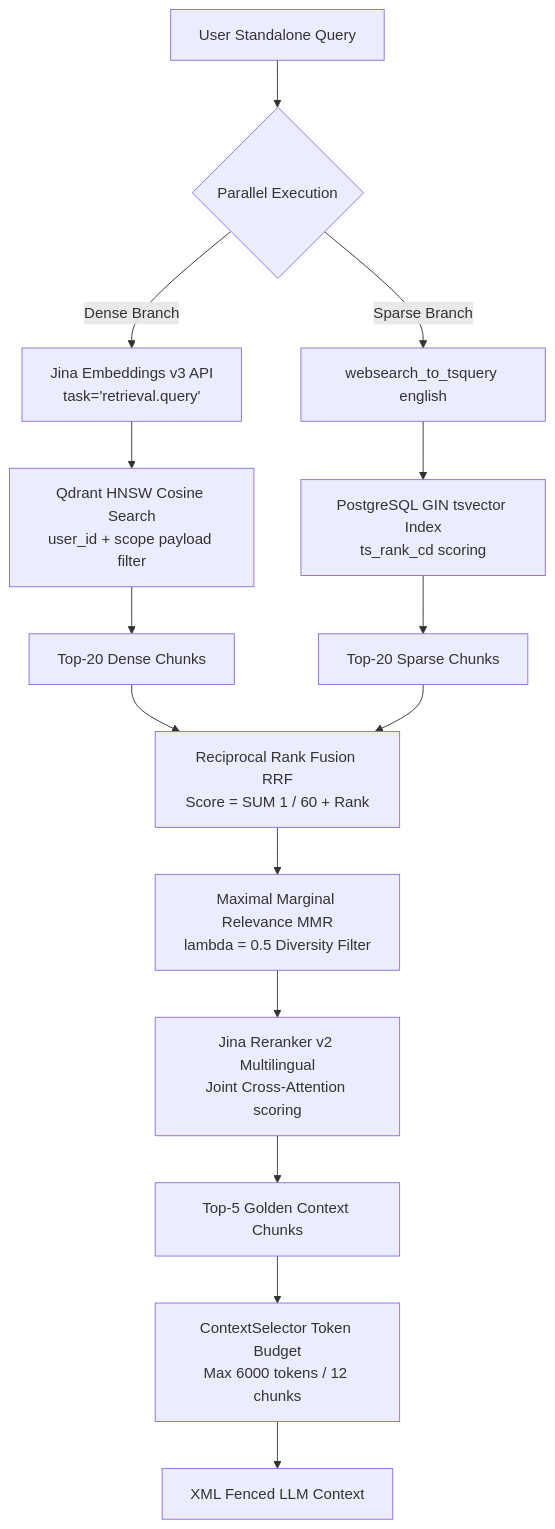
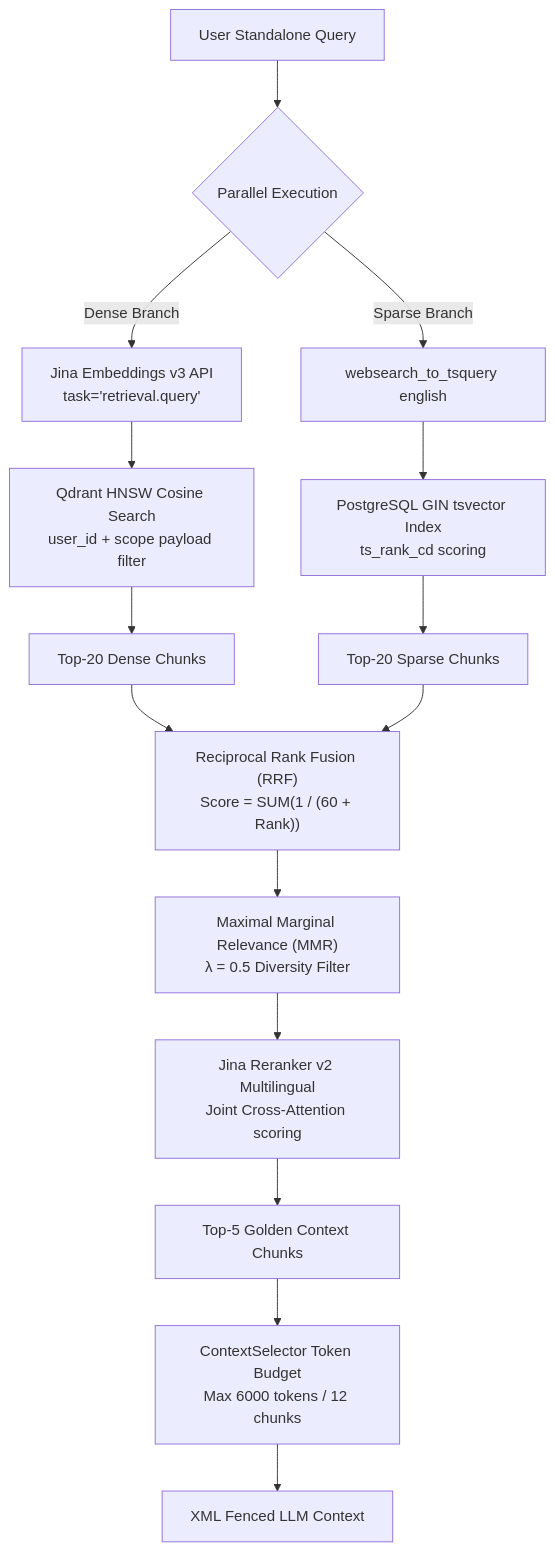
Before and after one commit to Satya-Naraharisetty/FusionRAG: the third of 13 diagrams in reverse_engineering.md, drawn with Mermaid. The commit also changed other lines of this file and 30 other files, not shown here.

````diff
--- a/reverse_engineering.md
+++ b/reverse_engineering.md
@@ -483,19 +483,20 @@
 ```mermaid
-graph TD
-    Query[User Standalone Query] --> Split{Parallel Execution}
+flowchart TD
+    Query["User Standalone Query"] --> Split{"Parallel Execution"}
   
-    Split -->|Dense Branch| JinaAPI[Jina Embeddings v3 API<br/>task='retrieval.query']
-    JinaAPI --> Qdrant[Qdrant HNSW Cosine Search<br/>user_id + scope payload filter]
-    Qdrant --> DenseCandidates[Top-20 Dense Chunks]
+    Split -->|Dense Branch| JinaAPI["Jina Embeddings v3 API<br/>task='retrieval.query'"]
+    JinaAPI --> Qdrant["Qdrant HNSW Cosine Search<br/>user_id + scope payload filter"]
+    Qdrant --> DenseCandidates["Top-20 Dense Chunks"]
   
-    Split -->|Sparse Branch| TSQuery[websearch_to_tsquery english]
-    TSQuery --> PostgresGIN[PostgreSQL GIN tsvector Index<br/>ts_rank_cd scoring]
-    PostgresGIN --> SparseCandidates[Top-20 Sparse Chunks]
+    Split -->|Sparse Branch| TSQuery["websearch_to_tsquery english"]
+    TSQuery --> PostgresGIN["PostgreSQL GIN tsvector Index<br/>ts_rank_cd scoring"]
+    PostgresGIN --> SparseCandidates["Top-20 Sparse Chunks"]
   
-    DenseCandidates & SparseCandidates --> RRF[Reciprocal Rank Fusion RRF<br/>Score = SUM 1 / 60 + Rank]
-    RRF --> MMR[Maximal Marginal Relevance MMR<br/>lambda = 0.5 Diversity Filter]
-    MMR --> CrossEncoder[Jina Reranker v2 Multilingual<br/>Joint Cross-Attention scoring]
-    CrossEncoder --> Top5[Top-5 Golden Context Chunks]
-    Top5 --> Budget[ContextSelector Token Budget<br/>Max 6000 tokens / 12 chunks]
-    Budget --> ContextBlock[XML Fenced LLM Context]
+    DenseCandidates --> RRF["Reciprocal Rank Fusion (RRF)<br/>Score = SUM(1 / (60 + Rank))"]
+    SparseCandidates --> RRF
+    RRF --> MMR["Maximal Marginal Relevance (MMR)<br/>&lambda; = 0.5 Diversity Filter"]
+    MMR --> CrossEncoder["Jina Reranker v2 Multilingual<br/>Joint Cross-Attention scoring"]
+    CrossEncoder --> Top5["Top-5 Golden Context Chunks"]
+    Top5 --> Budget["ContextSelector Token Budget<br/>Max 6000 tokens / 12 chunks"]
+    Budget --> ContextBlock["XML Fenced LLM Context"]
 ```
````
